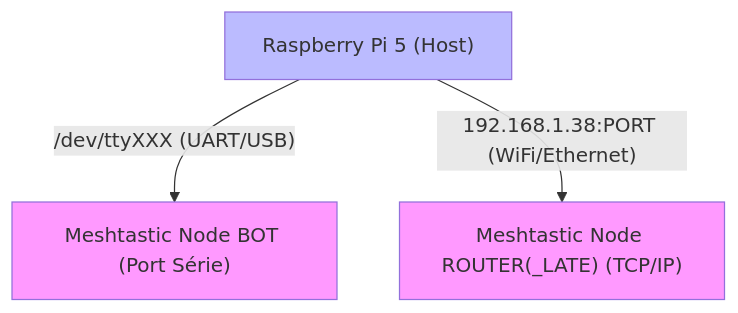
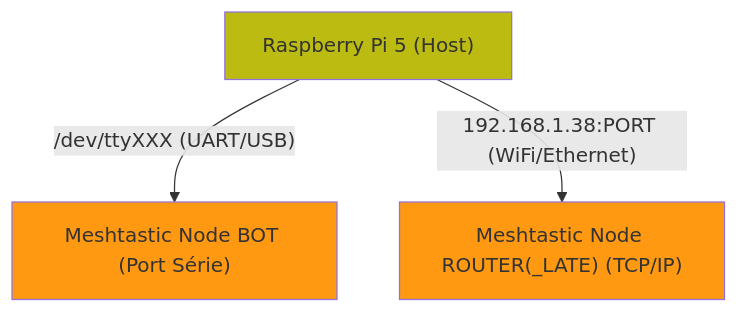
One commit to Tigro14/meshbot changed the diagram in README.md. Above: the diagram before and after it, drawn with Mermaid.

Commit message:
readme_cleanup

````diff
--- a/README.md
+++ b/README.md
@@ -9,15 +9,15 @@
 ```mermaid
 graph TD
     %% Styles
-    classDef node fill:#f9f
-    classDef rpi fill:#bbf
+    classDef node fill:#f91
+    classDef rpi fill:#bb1
     
     %% Nodes
     RPi5["Raspberry Pi 5 (Host)"]:::rpi
     Meshtastic-bot["Meshtastic Node BOT (Port Série)"]:::node
     Meshtastic-router["Meshtastic Node ROUTER(_LATE) (TCP/IP)"]:::node
 
     %% Connections
     RPi5 -- "/dev/ttyXXX (UART/USB)" --> Meshtastic-bot:::connection
     RPi5 -- "192.168.1.38:PORT (WiFi/Ethernet)" --> Meshtastic-router:::connection
 ```
````
